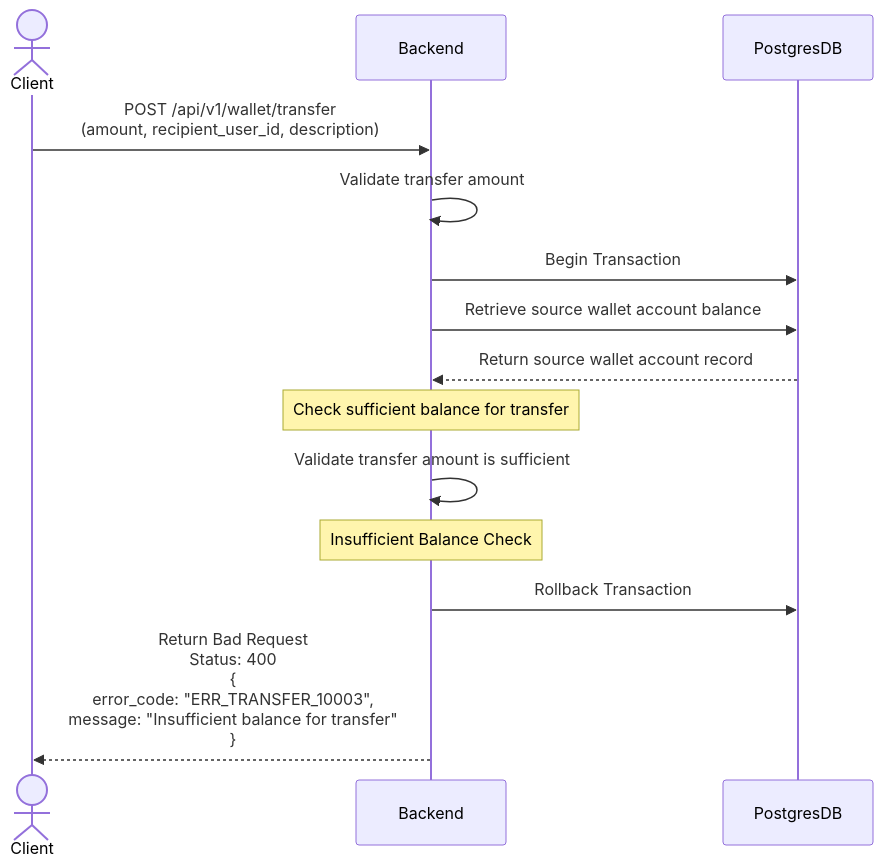
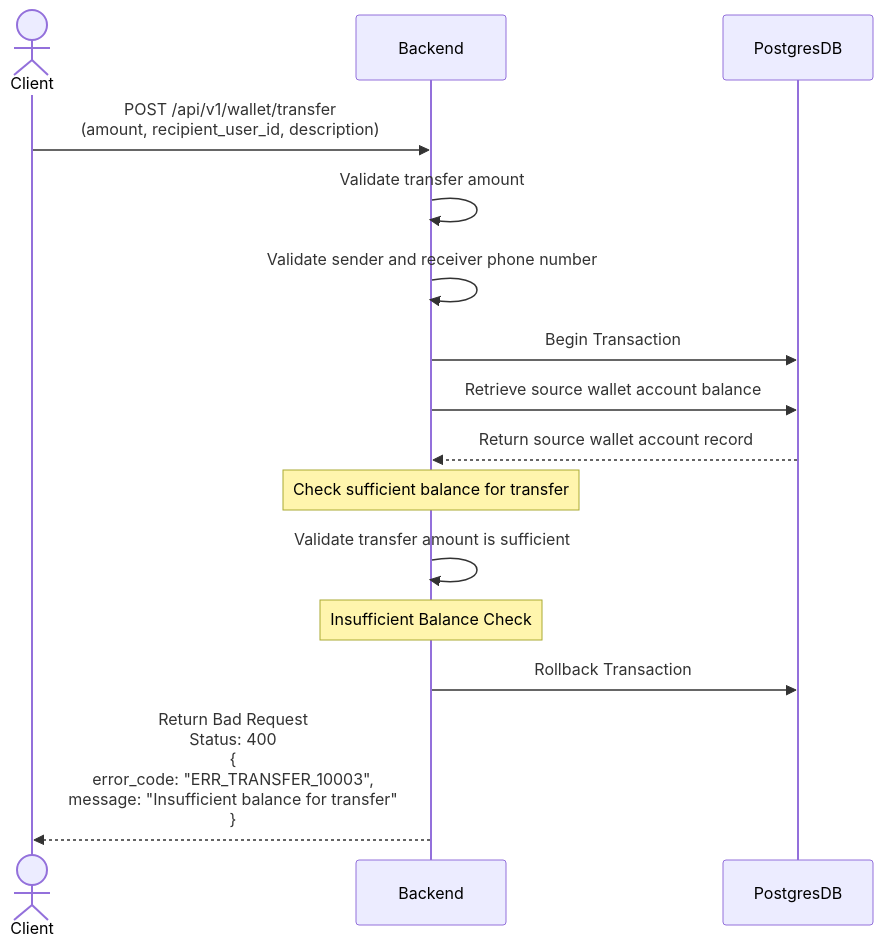
One commit to leeliwei930/walletassignment changed the fourth of 4 diagrams in docs/scenarios/transfer_money_within_user.md. Above: the diagram before and after it, drawn with Mermaid. The commit also changed other lines of this file and 6 other files, not shown here.

Commit message:
Update authentication method in README and scenarios to use X-PHONE-NUMBER header; add OpenAPI documentation for wallet API endpoints and scenarios for deposit, withdrawal, and transfer operations.

````diff
--- a/docs/scenarios/transfer_money_within_user.md
+++ b/docs/scenarios/transfer_money_within_user.md
@@ -67,17 +63,18 @@
 ```mermaid
 sequenceDiagram
     actor Client
     participant Backend
     participant PostgresDB
 
     Client->>Backend: POST /api/v1/wallet/transfer<br/>(amount, recipient_user_id, description)
     Backend->>Backend: Validate transfer amount
+    Backend->>Backend: Validate sender and receiver phone number
     Backend->>PostgresDB: Begin Transaction
     Backend->>PostgresDB: Retrieve source wallet account balance
     PostgresDB-->>Backend: Return source wallet account record
     Note over Backend: Check sufficient balance for transfer
     Backend->>Backend: Validate transfer amount is sufficient
     Note over Backend: Insufficient Balance Check
     Backend->>PostgresDB: Rollback Transaction
     Backend-->>Client: Return Bad Request<br/>Status: 400<br/>{<br/>error_code: "ERR_TRANSFER_10003",<br/>message: "Insufficient balance for transfer"<br/>}
 ```
````
